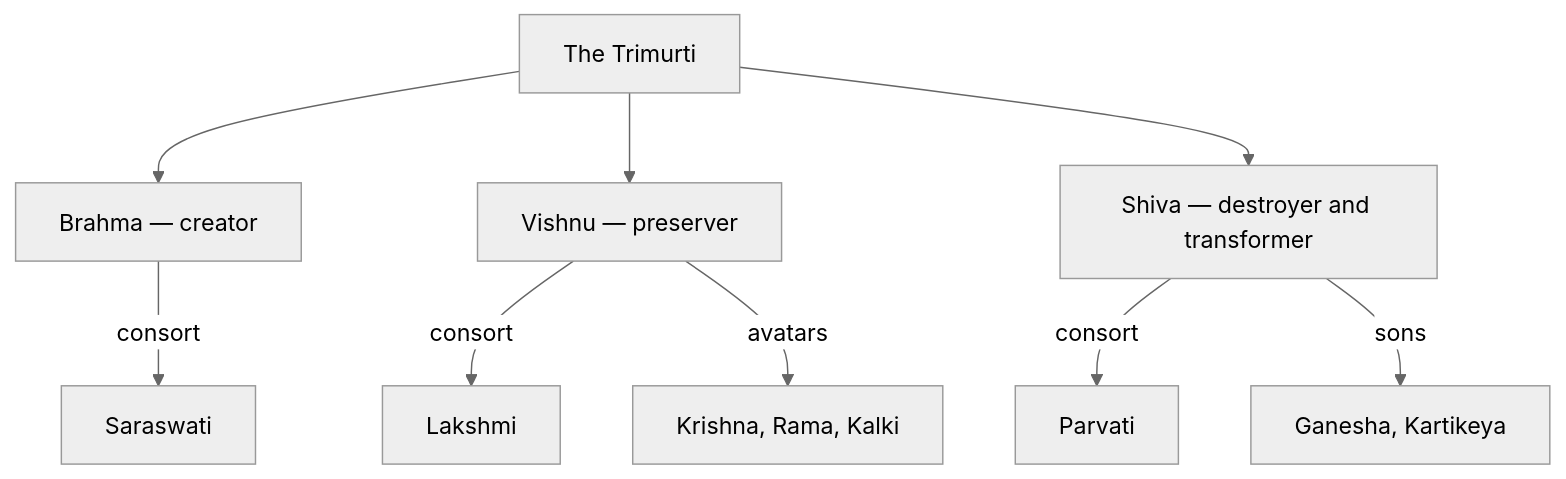
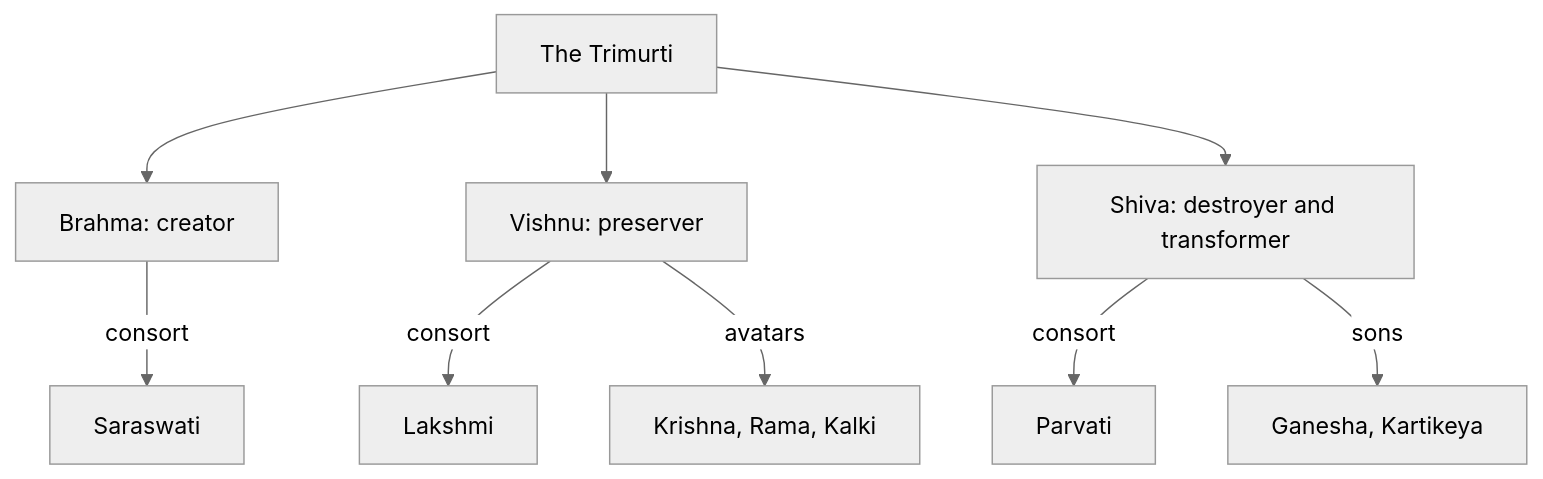
One commit to kennethreitz/kennethreitz.org changed the diagram in data/knowledge/mythology/hindu-mythology/index.md. Above: the diagram before and after it, drawn with Mermaid (neutral theme). The commit also changed other lines of this file and 879 other files, not shown here.

````diff
--- a/data/knowledge/mythology/hindu-mythology/index.md
+++ b/data/knowledge/mythology/hindu-mythology/index.md
@@ -24,12 +24,12 @@
 ```mermaid
 flowchart TD
     T["The Trimurti"]
-    T --> B["Brahma — creator"]
-    T --> V["Vishnu — preserver"]
-    T --> S["Shiva — destroyer and transformer"]
+    T --> B["Brahma: creator"]
+    T --> V["Vishnu: preserver"]
+    T --> S["Shiva: destroyer and transformer"]
     B -->|"consort"| Bc["Saraswati"]
     V -->|"consort"| Vc["Lakshmi"]
     V -->|"avatars"| Av["Krishna, Rama, Kalki"]
     S -->|"consort"| Sc["Parvati"]
     S -->|"sons"| Sf["Ganesha, Kartikeya"]
 ```
````
